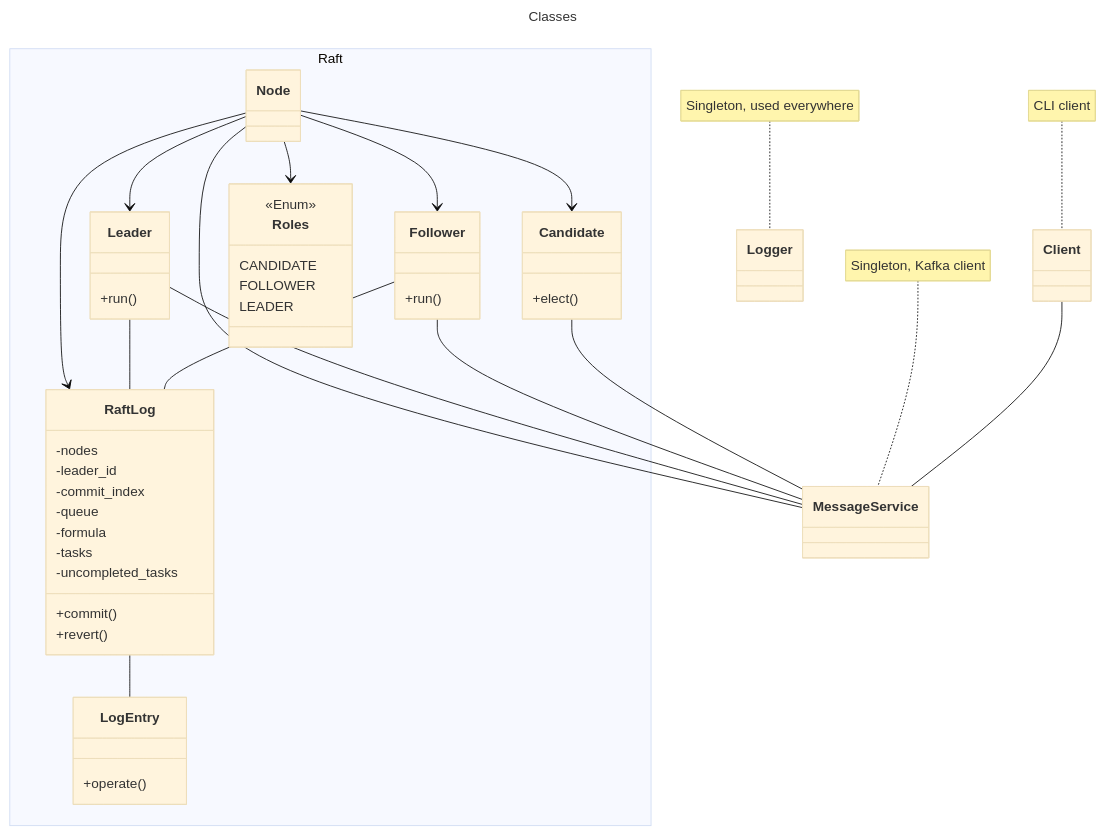
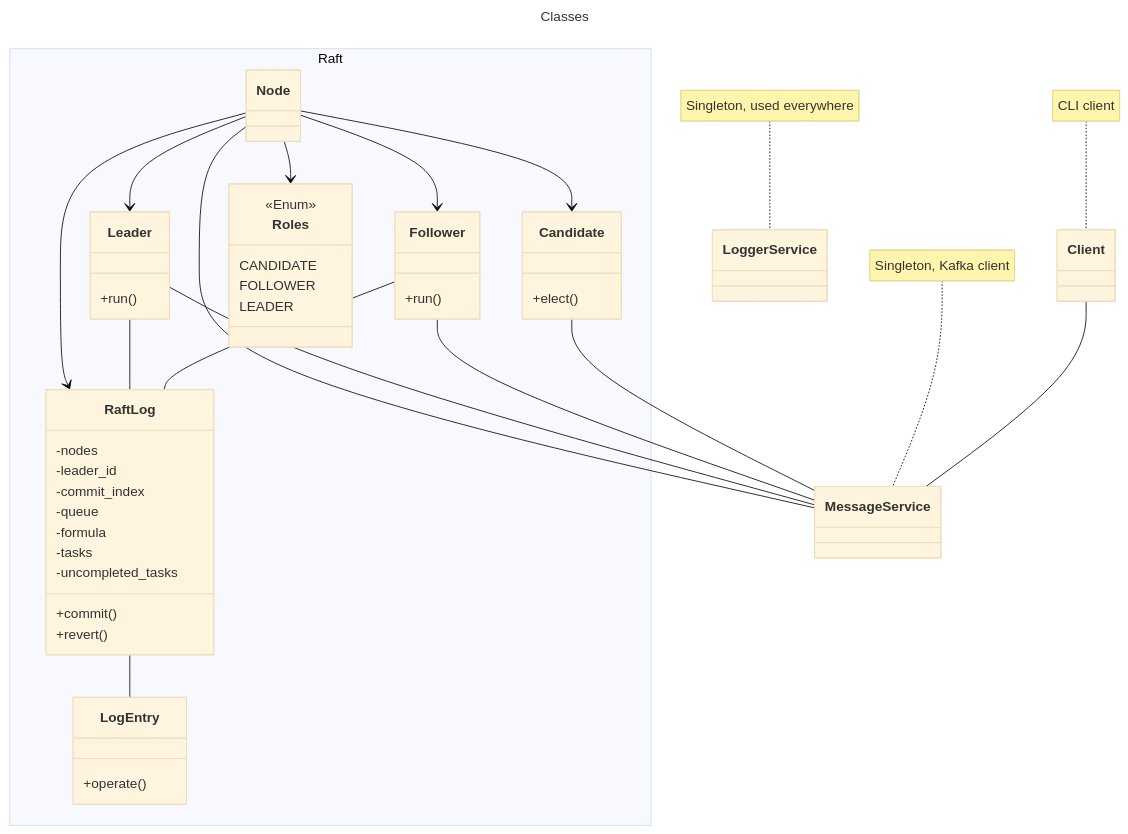
The first of 2 diagrams in docs/architecture.md (DS-project-2025-team/ds-project-2025), drawn with Mermaid (base theme) before and after one commit.

Commit message:
docs: Rename Logger to LoggerService

````diff
--- a/docs/architecture.md
+++ b/docs/architecture.md
@@ -3,69 +3,69 @@
 ```mermaid
 ---
 title: Classes
 ---
 classDiagram
 
 namespace Raft {
     class Node
 
     class Candidate {
         +elect()
     }
 
     class Leader {
         +run()
     }
 
     class Follower {
         +run()
     }
 
     class Roles {
         CANDIDATE
         FOLLOWER
         LEADER
     }
     class RaftLog {
         -nodes
         -leader_id
         -commit_index
         -queue
         -formula
         -tasks
         -uncompleted_tasks
 
         +commit()
         +revert()
     }
     class LogEntry {
         +operate()
     }
 }
 
 class MessageService
-class Logger
+class LoggerService
 class Client
 
-note for Logger "Singleton, used everywhere"
+note for LoggerService "Singleton, used everywhere"
 note for MessageService "Singleton, Kafka client"
 note for Client "CLI client"
 
 <<Enum>> Roles
 Node --> Roles
 Node --> Candidate
 Node --> Leader
 Node --> Follower
 Node --> RaftLog
 Node -- MessageService
 
 Leader -- MessageService
 Follower -- MessageService
 Candidate -- MessageService
 Leader -- RaftLog
 Follower -- RaftLog
 
 RaftLog -- LogEntry
 
 Client -- MessageService
 ```
````
